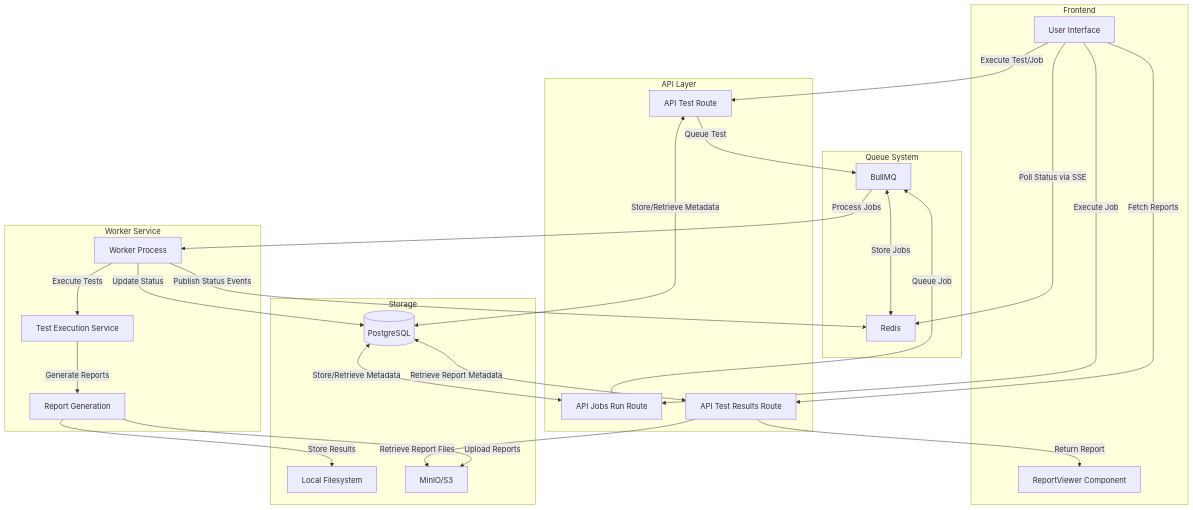
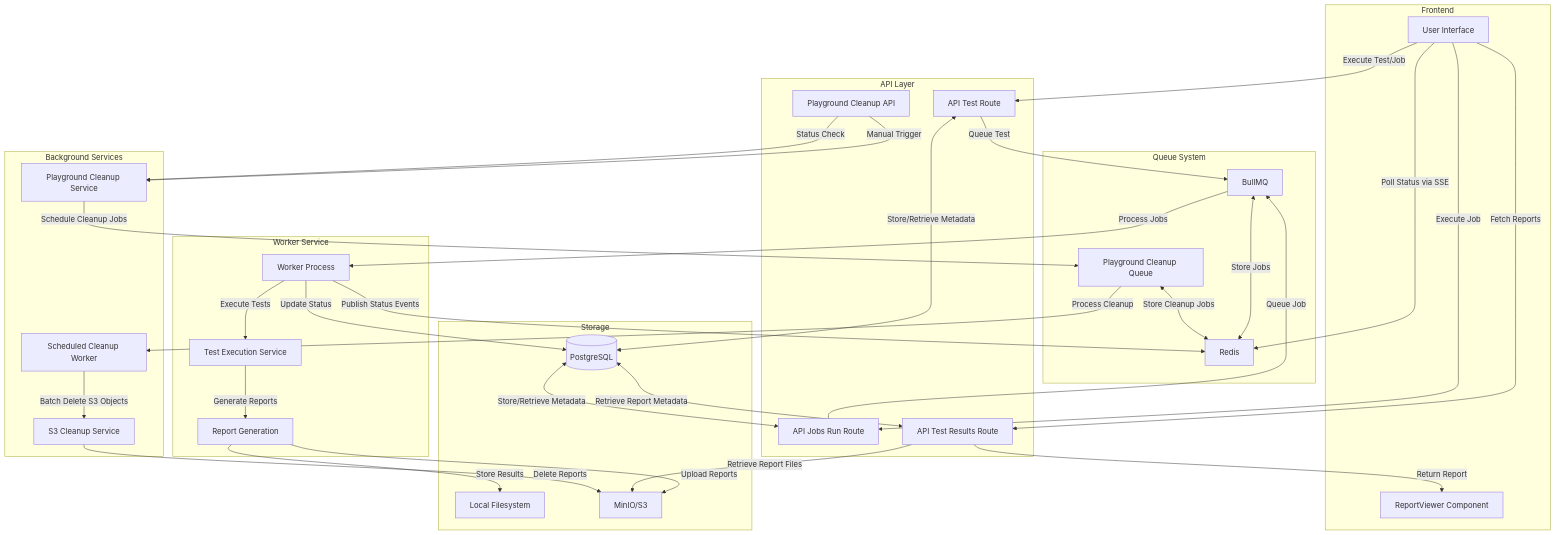
Before and after one commit to supercheck-io/supercheck-core: the first of 2 diagrams in specs/TEST_EXECUTION_AND_JOB_QUEUE_FLOW.md, drawn with Mermaid. The commit also changed other lines of this file and 18 other files, not shown here.

````diff
--- a/specs/TEST_EXECUTION_AND_JOB_QUEUE_FLOW.md
+++ b/specs/TEST_EXECUTION_AND_JOB_QUEUE_FLOW.md
@@ -20,50 +20,67 @@
 ```mermaid
 flowchart TB
     subgraph "Frontend"
         A1[User Interface]
         B1[ReportViewer Component]
     end
     
     subgraph "API Layer"
         C1["API Test Route"]
         C2["API Jobs Run Route"]
         C3["API Test Results Route"]
+        C4["Playground Cleanup API"]
     end
     
     subgraph "Queue System"
         D1[Redis]
         D2[BullMQ]
+        D3[Playground Cleanup Queue]
     end
     
     subgraph "Worker Service"
         E1[Worker Process]
         E2[Test Execution Service]
         E3[Report Generation]
+    end
+    
+    subgraph "Background Services"
+        G1[Playground Cleanup Service]
+        G2[S3 Cleanup Service]
+        G3[Scheduled Cleanup Worker]
     end
     
     subgraph "Storage"
         F1[(PostgreSQL)]
         F2[Local Filesystem]
         F3[MinIO/S3]
     end
     
     A1 -->|Execute Test/Job| C1
     A1 -->|Execute Job| C2
     C1 -->|Queue Test| D2
     C2 -->|Queue Job| D2
     D2 <-->|Store Jobs| D1
     D2 -->|Process Jobs| E1
     E1 -->|Execute Tests| E2
     E2 -->|Generate Reports| E3
     E3 -->|Store Results| F2
     E3 -->|Upload Reports| F3
     E1 -->|Update Status| F1
     E1 -->|Publish Status Events| D1
     A1 -->|Poll Status via SSE| D1
     A1 -->|Fetch Reports| C3
     C3 -->|Retrieve Report Files| F3
     C3 -->|Return Report| B1
     F1 <-->|Store/Retrieve Metadata| C1
     F1 <-->|Store/Retrieve Metadata| C2
     F1 <-->|Retrieve Report Metadata| C3
+    
+    %% Playground Cleanup Flow
+    G1 -->|Schedule Cleanup Jobs| D3
+    D3 <-->|Store Cleanup Jobs| D1  
+    D3 -->|Process Cleanup| G3
+    G3 -->|Batch Delete S3 Objects| G2
+    G2 -->|Delete Reports| F3
+    C4 -->|Manual Trigger| G1
+    C4 -->|Status Check| G1
 ```
````
